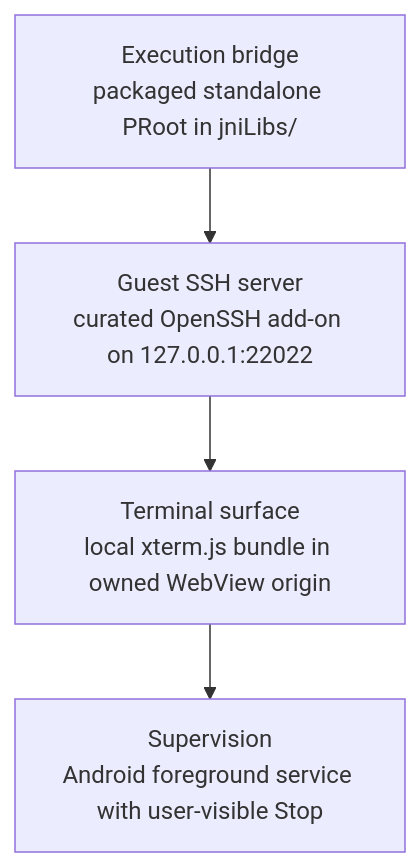
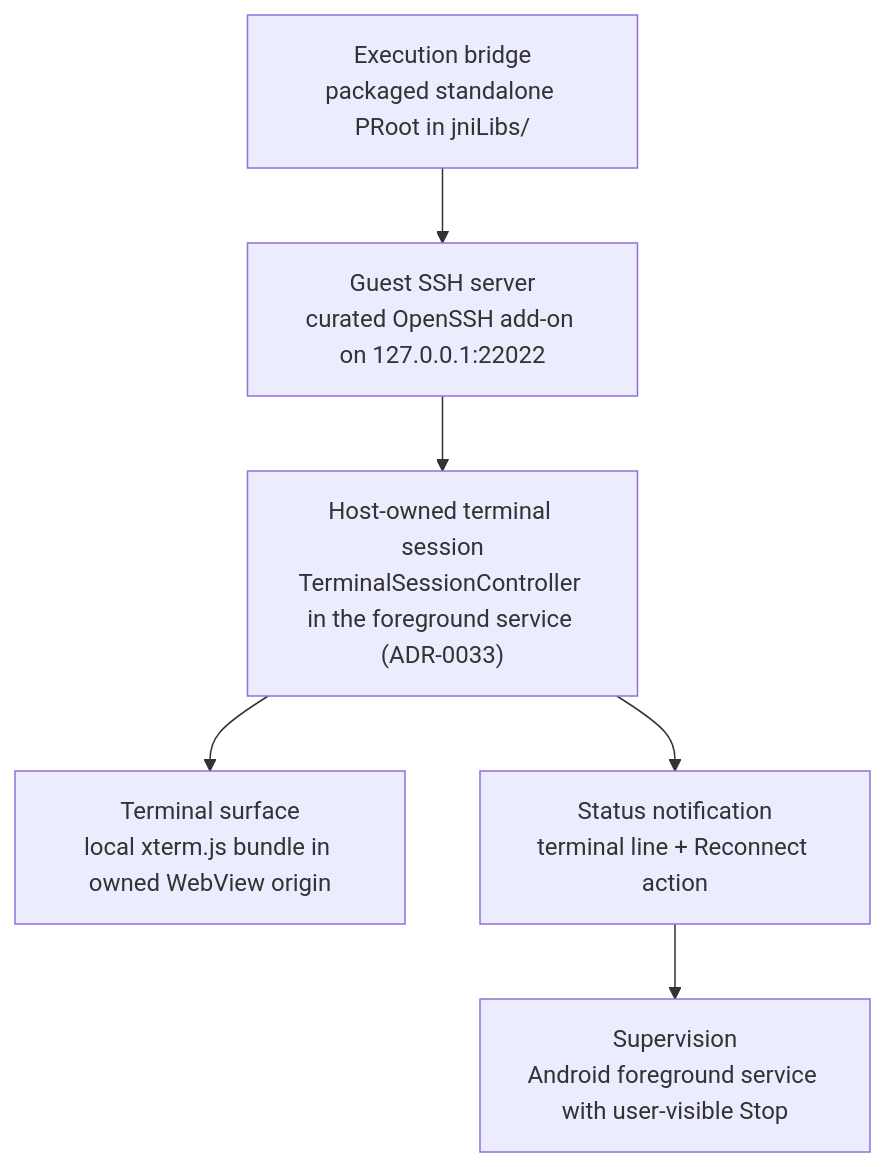
One commit to jahrulnr/NusaDesk changed the fourth of 6 diagrams in docs/architecture.md. Above: the diagram before and after it, drawn with Mermaid. The commit also changed other lines of this file and 66 other files, not shown here.

````diff
--- a/docs/architecture.md
+++ b/docs/architecture.md
@@ -204,6 +218,8 @@
 ```mermaid
 flowchart TD
     Bridge["Execution bridge<br/>packaged standalone PRoot in jniLibs/<abi>"] --> Guest["Guest SSH server<br/>curated OpenSSH add-on on 127.0.0.1:22022"]
-    Guest --> Terminal["Terminal surface<br/>local xterm.js bundle in owned WebView origin"]
-    Terminal --> Supervision["Supervision<br/>Android foreground service with user-visible Stop"]
+    Guest --> Session["Host-owned terminal session<br/>TerminalSessionController in the foreground service (ADR-0033)"]
+    Session --> Terminal["Terminal surface<br/>local xterm.js bundle in owned WebView origin"]
+    Session --> Notification["Status notification<br/>terminal line + Reconnect action"]
+    Notification --> Supervision["Supervision<br/>Android foreground service with user-visible Stop"]
 ```
````
